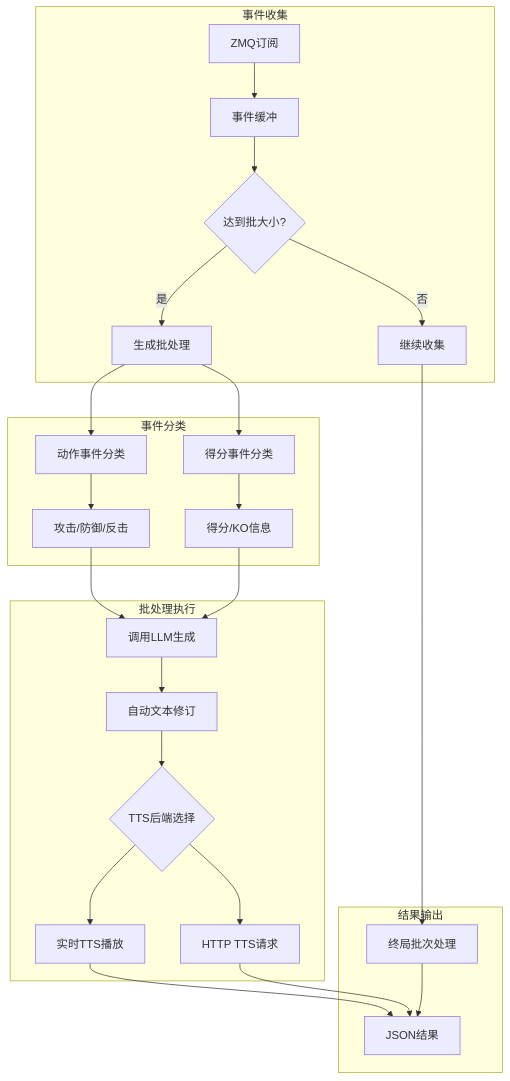
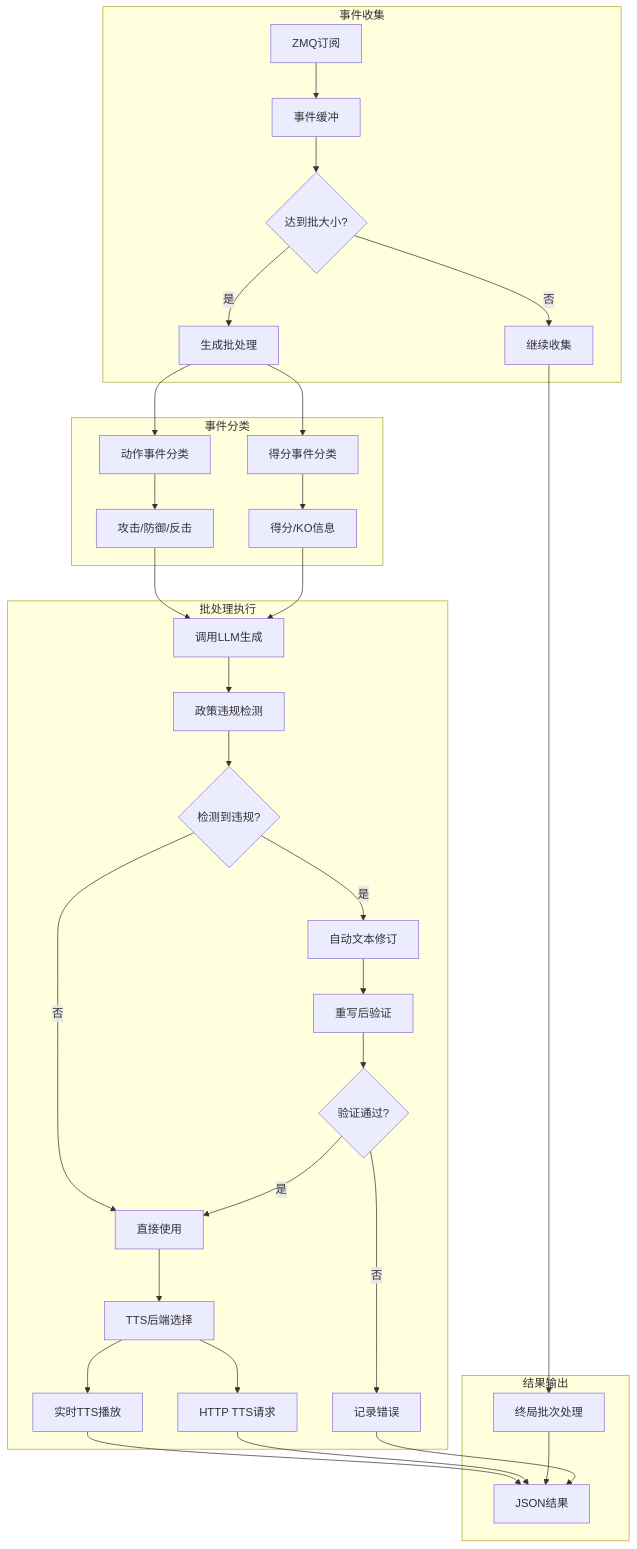
Diagram 20 of 28 in .qoder/repowiki/zh/content/语音合成服务/实时TTS合成.md (1024dashen/Vue3Speech), drawn with Mermaid before and after one commit. The commit also changed other lines of this file and 13 other files, not shown here.

````diff
--- a/.qoder/repowiki/zh/content/语音合成服务/实时TTS合成.md
+++ b/.qoder/repowiki/zh/content/语音合成服务/实时TTS合成.md
@@ -933,29 +1014,37 @@
 ```mermaid
 flowchart TD
 subgraph "事件收集"
 A[ZMQ订阅] --> B[事件缓冲]
 B --> C{达到批大小?}
 C --> |是| D[生成批处理]
 C --> |否| E[继续收集]
 end
 subgraph "事件分类"
 D --> F[动作事件分类]
 D --> G[得分事件分类]
 F --> F1[攻击/防御/反击]
 G --> G1[得分/KO信息]
 end
 subgraph "批处理执行"
 F1 --> H[调用LLM生成]
 G1 --> H
-H --> I[自动文本修订]
-I --> J{TTS后端选择}
-J --> K[实时TTS播放]
-J --> L[HTTP TTS请求]
+H --> I[政策违规检测]
+I --> J{检测到违规?}
+J --> |是| K[自动文本修订]
+J --> |否| L[直接使用]
+K --> M[重写后验证]
+M --> N{验证通过?}
+N --> |是| L
+N --> |否| O[记录错误]
+L --> P[TTS后端选择]
+P --> Q[实时TTS播放]
+P --> R[HTTP TTS请求]
 end
 subgraph "结果输出"
-K --> M[JSON结果]
-L --> M
-E --> N[终局批次处理]
-N --> M
+Q --> S[JSON结果]
+R --> S
+E --> T[终局批次处理]
+T --> S
+O --> S
 end
 ```
````
